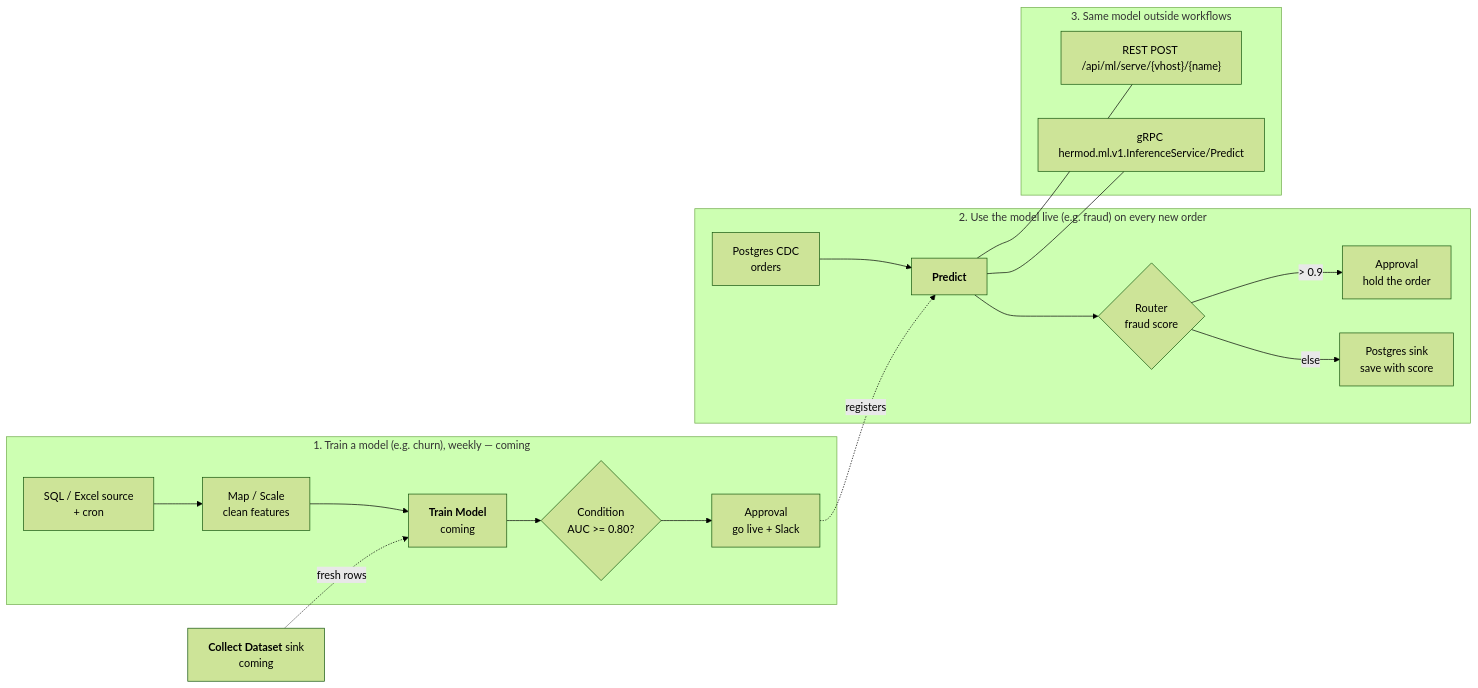
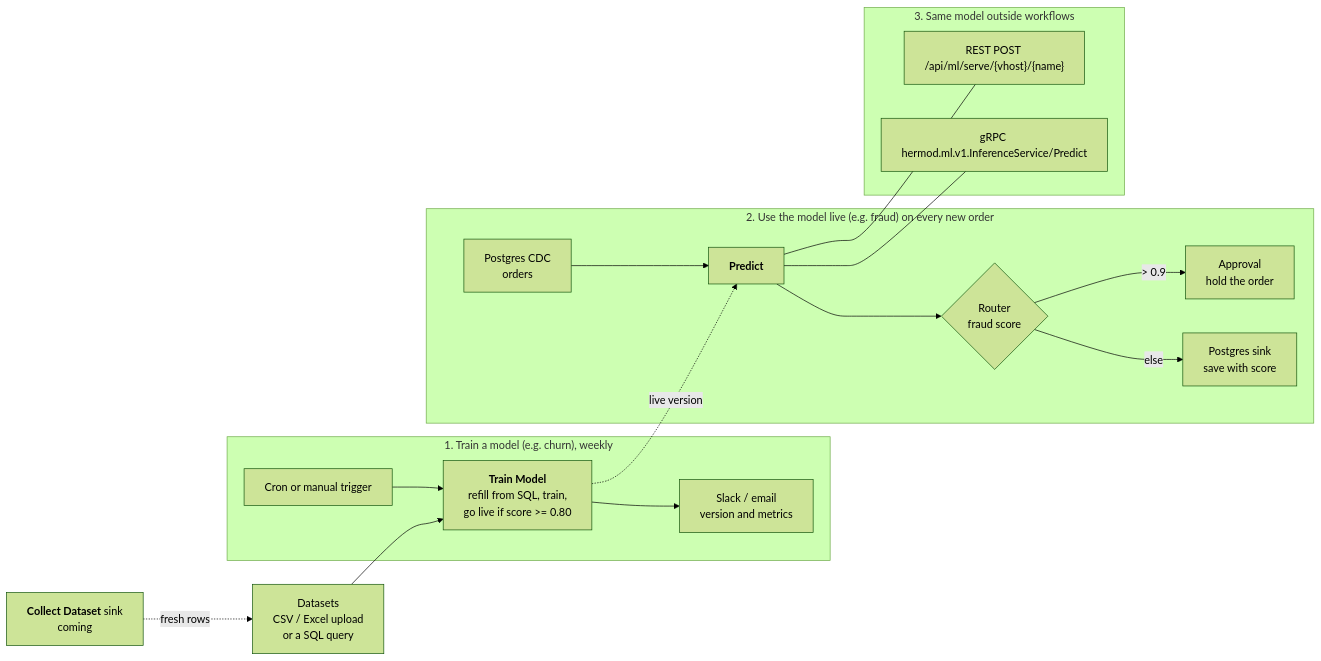
Before and after one commit to gsoultan/hermod: the diagram in docs/ml.md, drawn with Mermaid (forest theme). The commit also changed other lines of this file and 61 other files, not shown here.

````diff
--- a/docs/ml.md
+++ b/docs/ml.md
@@ -12,19 +13,20 @@
 ```mermaid
 flowchart LR
-  subgraph A["1. Train a model (e.g. churn), weekly — coming"]
-    A1["SQL / Excel source<br/>+ cron"] --> A2["Map / Scale<br/>clean features"] --> A3["<b>Train Model</b><br/>coming"] --> A4{"Condition<br/>AUC >= 0.80?"} --> A5["Approval<br/>go live + Slack"]
+  subgraph A["1. Train a model (e.g. churn), weekly"]
+    A1["Cron or manual trigger"] --> A3["<b>Train Model</b><br/>refill from SQL, train,<br/>go live if score >= 0.80"] --> A5["Slack / email<br/>version and metrics"]
   end
   subgraph B["2. Use the model live (e.g. fraud) on every new order"]
     B1["Postgres CDC<br/>orders"] --> B2["<b>Predict</b>"] --> B3{"Router<br/>fraud score"}
     B3 -- "> 0.9" --> B4["Approval<br/>hold the order"]
     B3 -- "else" --> B5["Postgres sink<br/>save with score"]
   end
   subgraph C["3. Same model outside workflows"]
     C1["REST POST /api/ml/serve/{vhost}/{name}"]
     C2["gRPC hermod.ml.v1.InferenceService/Predict"]
   end
-  B6["<b>Collect Dataset</b> sink<br/>coming"] -. "fresh rows" .-> A3
-  A5 -. "registers" .-> B2
+  D["Datasets<br/>CSV / Excel upload<br/>or a SQL query"] --> A3
+  B6["<b>Collect Dataset</b> sink<br/>coming"] -. "fresh rows" .-> D
+  A3 -. "live version" .-> B2
   B2 --- C1
   B2 --- C2
 ```
````
